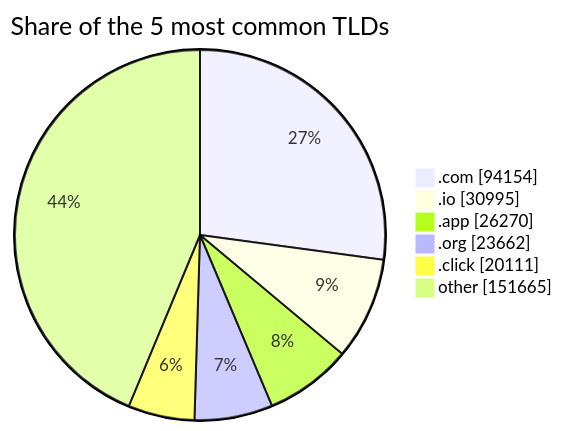
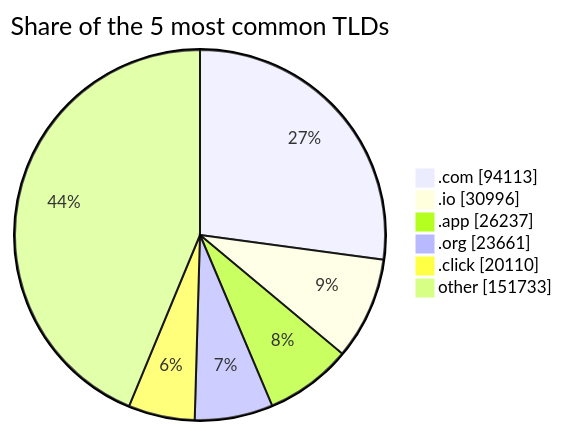
The third of 3 diagrams in README.md (DNSBunker/CTI), drawn with Mermaid before and after one commit. The commit also changed other lines of this file and 3 other files, not shown here.

````diff
--- a/README.md
+++ b/README.md
@@ -81,9 +81,9 @@
 ```mermaid
 pie showData title Share of the 5 most common TLDs
-    ".com" : 94154
-    ".io" : 30995
-    ".app" : 26270
-    ".org" : 23662
-    ".click" : 20111
-    "other" : 151665
+    ".com" : 94113
+    ".io" : 30996
+    ".app" : 26237
+    ".org" : 23661
+    ".click" : 20110
+    "other" : 151733
 ```
````
